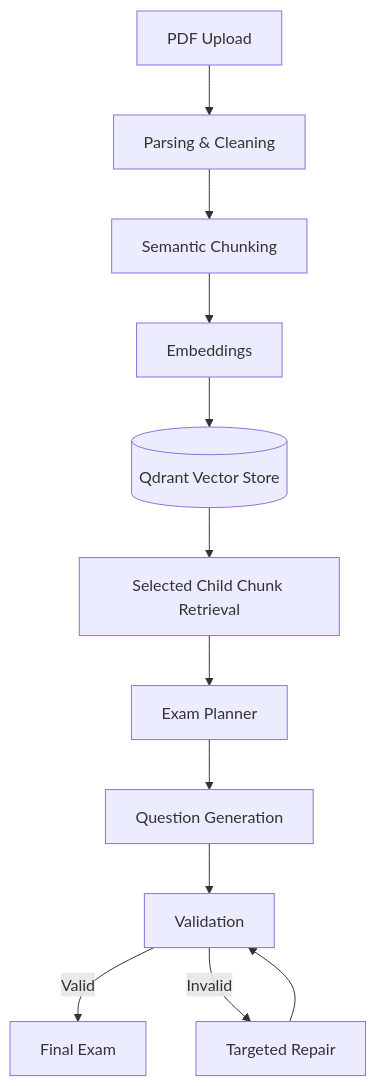
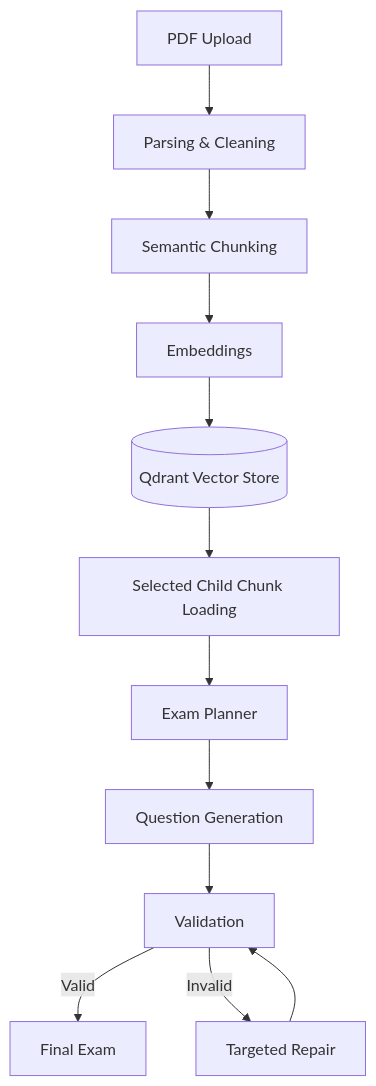
The diagram in README.md (AbdelrahmanAlabadla/DraftWork), drawn with Mermaid before and after one commit. The commit also changed other lines of this file, not shown here.

````diff
--- a/README.md
+++ b/README.md
@@ -98,17 +104,17 @@
 ```mermaid id="mz5m42"
 flowchart TD
     A[PDF Upload] --> B[Parsing & Cleaning]
     B --> C[Semantic Chunking]
     C --> D[Embeddings]
     D --> E[(Qdrant Vector Store)]
 
-    E --> F[Selected Child Chunk Retrieval]
+    E --> F[Selected Child Chunk Loading]
     F --> G[Exam Planner]
     G --> H[Question Generation]
     H --> I[Validation]
 
     I -->|Valid| J[Final Exam]
     I -->|Invalid| K[Targeted Repair]
 
     K --> I
 ```
````
